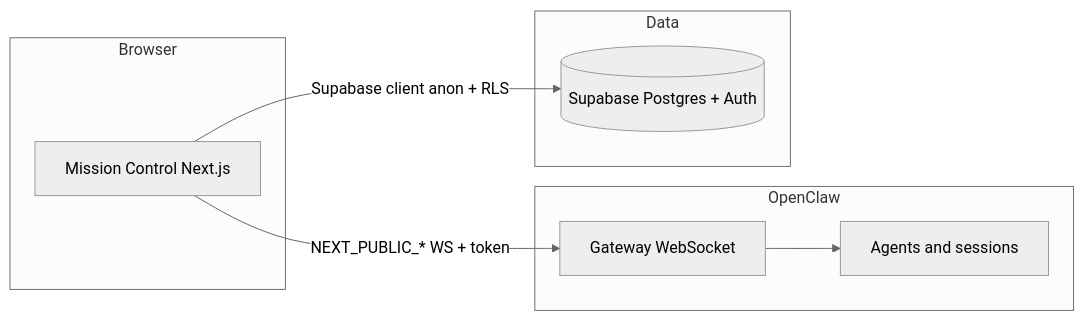
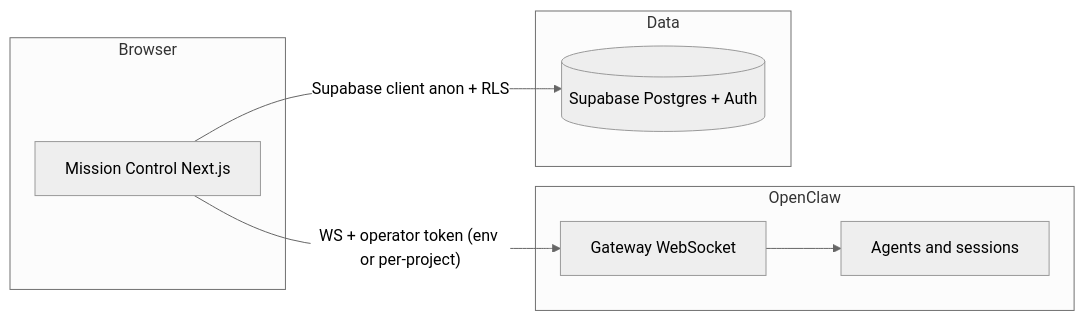
Before and after one commit to HypeGamer007/mission-control: the diagram in README.md, drawn with Mermaid (neutral theme). The commit also changed other lines of this file and 14 other files, not shown here.

First line of the commit message:
feat: per-project Gateway credentials, agent teams, and UX polish

````diff
--- a/README.md
+++ b/README.md
@@ -11,16 +11,16 @@
 ```mermaid
 flowchart LR
   subgraph browser [Browser]
     MC[Mission Control Next.js]
   end
   subgraph openclaw [OpenClaw]
     GW[Gateway WebSocket]
     AG[Agents and sessions]
   end
   subgraph data [Data]
     SB[(Supabase Postgres + Auth)]
   end
-  MC -->|"NEXT_PUBLIC_* WS + token"| GW
+  MC -->|"WS + operator token (env or per-project)"| GW
   GW --> AG
   MC -->|"Supabase client anon + RLS"| SB
 ```
````
